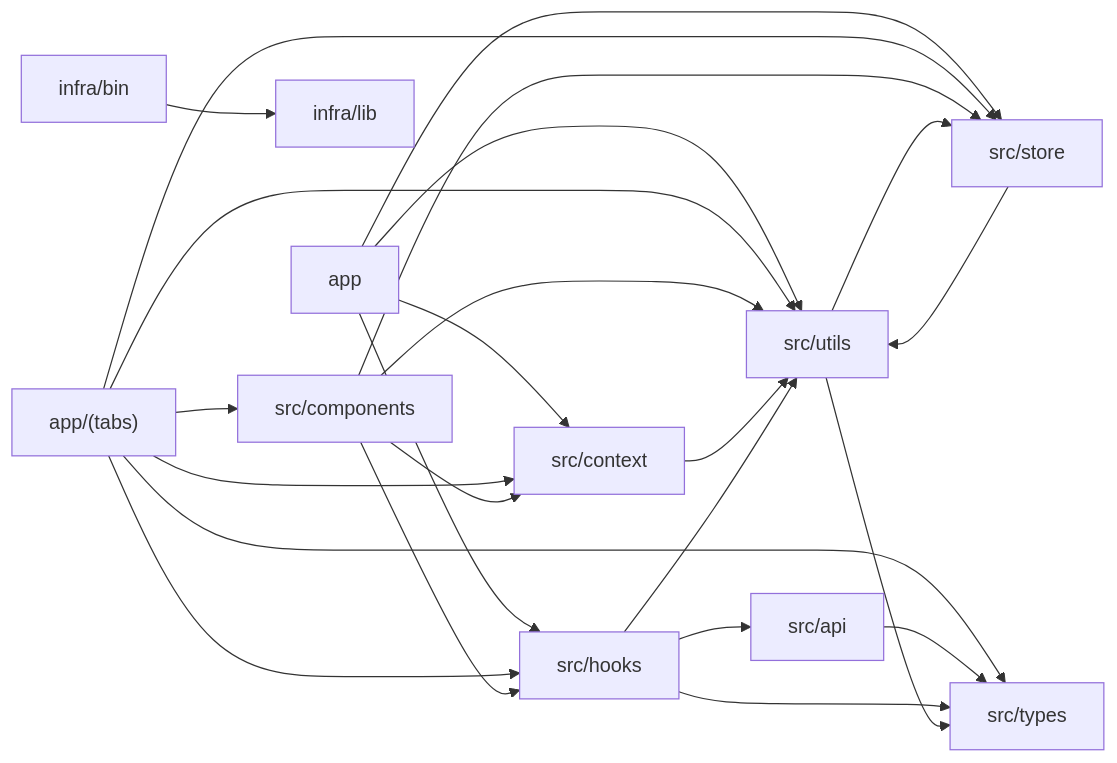
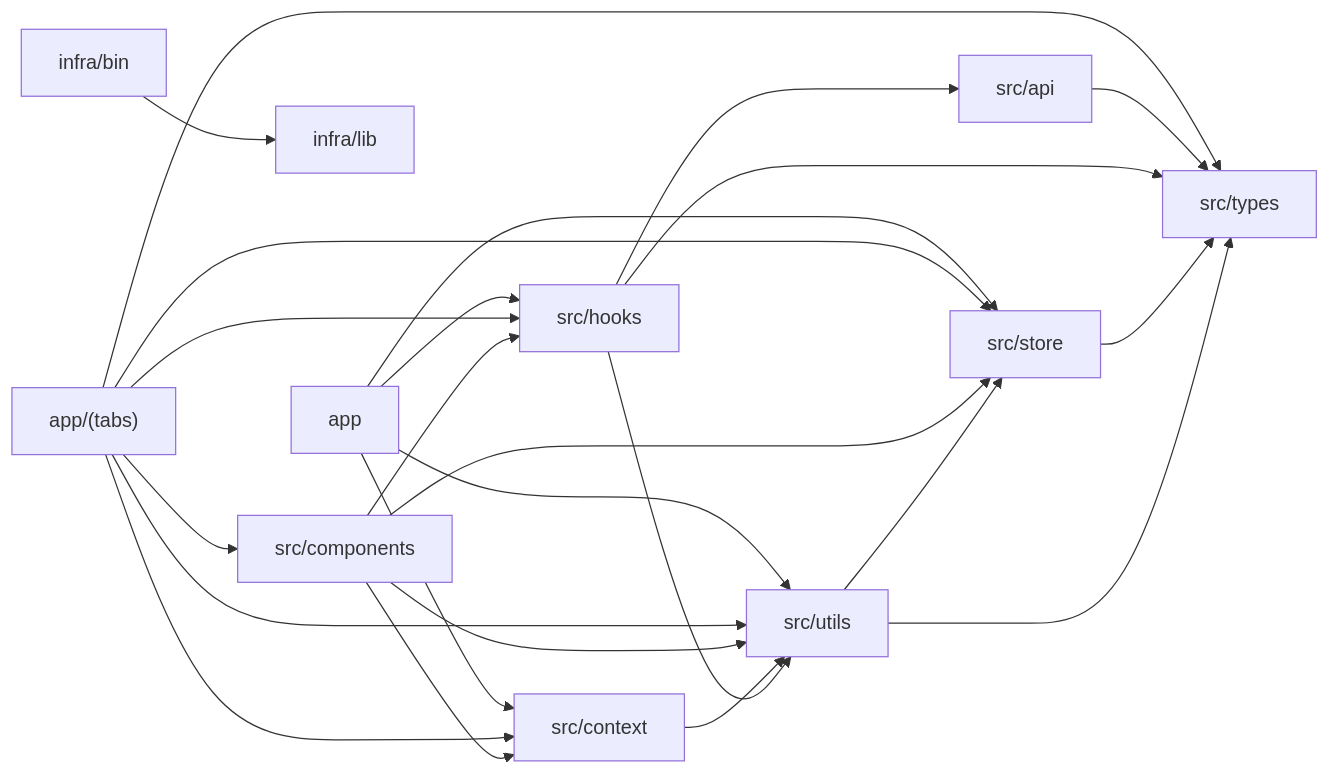
The diagram in docs/spec/_systems/architecture.md (rufbulldog/ferry-tracker), drawn with Mermaid before and after one commit. The commit also changed other lines of this file and 29 other files, not shown here.

````diff
--- a/docs/spec/_systems/architecture.md
+++ b/docs/spec/_systems/architecture.md
@@ -20,37 +20,37 @@
 ```mermaid
 flowchart LR
   n_app["app"]
   n_app_tabs["app/(tabs)"]
   n_infra_bin["infra/bin"]
   n_infra_lib["infra/lib"]
   n_src_api["src/api"]
   n_src_components["src/components"]
   n_src_context["src/context"]
   n_src_hooks["src/hooks"]
   n_src_store["src/store"]
   n_src_types["src/types"]
   n_src_utils["src/utils"]
   n_app --> n_src_context
   n_app --> n_src_hooks
   n_app --> n_src_store
   n_app --> n_src_utils
   n_app_tabs --> n_src_components
   n_app_tabs --> n_src_context
   n_app_tabs --> n_src_hooks
   n_app_tabs --> n_src_store
   n_app_tabs --> n_src_types
   n_app_tabs --> n_src_utils
   n_infra_bin --> n_infra_lib
   n_src_api --> n_src_types
   n_src_components --> n_src_context
   n_src_components --> n_src_hooks
   n_src_components --> n_src_store
   n_src_components --> n_src_utils
   n_src_context --> n_src_utils
   n_src_hooks --> n_src_api
   n_src_hooks --> n_src_types
   n_src_hooks --> n_src_utils
-  n_src_store --> n_src_utils
+  n_src_store --> n_src_types
   n_src_utils --> n_src_store
   n_src_utils --> n_src_types
 ```
````
